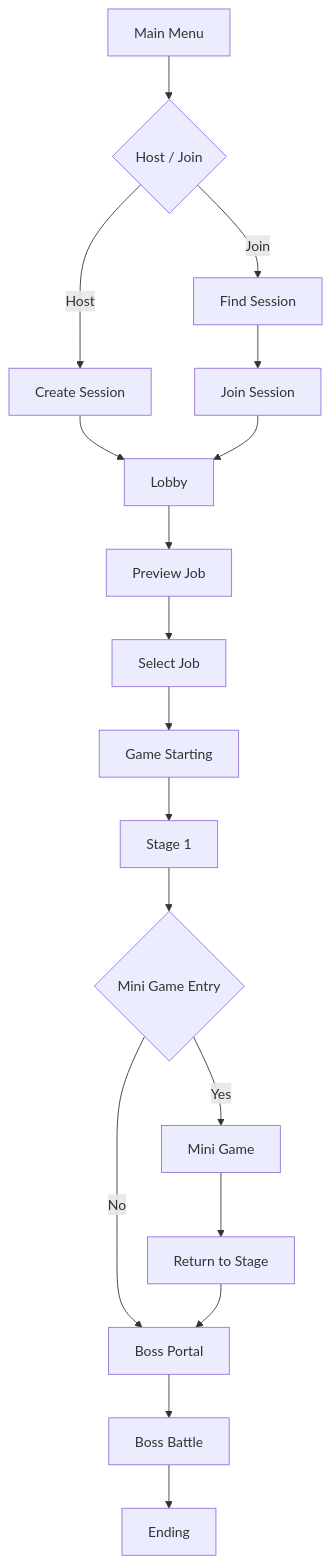
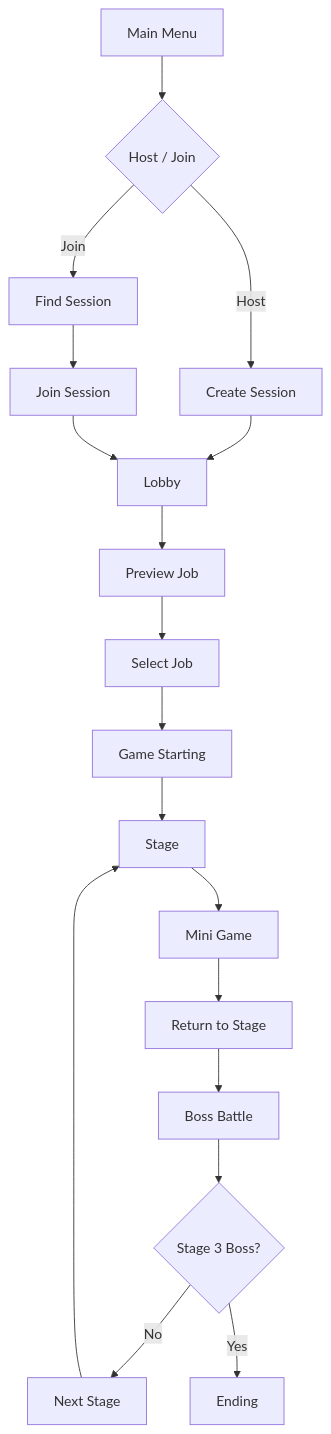
One commit to Wandukong22/BangSquad changed the diagram in README.md. Above: the diagram before and after it, drawn with Mermaid. The commit also changed other lines of this file and 3 other files, not shown here.

````diff
--- a/README.md
+++ b/README.md
@@ -203,20 +195,20 @@
 ```mermaid
 flowchart TD
     A[Main Menu] --> B{Host / Join}
     B -->|Host| C[Create Session]
     B -->|Join| D[Find Session]
     D --> E[Join Session]
     C --> F[Lobby]
     E --> F
     F --> G[Preview Job]
     G --> H[Select Job]
     H --> I[Game Starting]
-    I --> J[Stage 1]
-    J --> K{Mini Game Entry}
-    K -->|Yes| L[Mini Game]
-    L --> M[Return to Stage]
-    K -->|No| N[Boss Portal]
-    M --> N
-    N --> O[Boss Battle]
-    O --> P[Ending]
+    I --> J[Stage]
+    J --> K[Mini Game]
+    K --> L[Return to Stage]
+    L --> M[Boss Battle]
+    M --> N{Stage 3 Boss?}
+    N -->|No| O[Next Stage]
+    O --> J
+    N -->|Yes| P[Ending]
 ```
````
